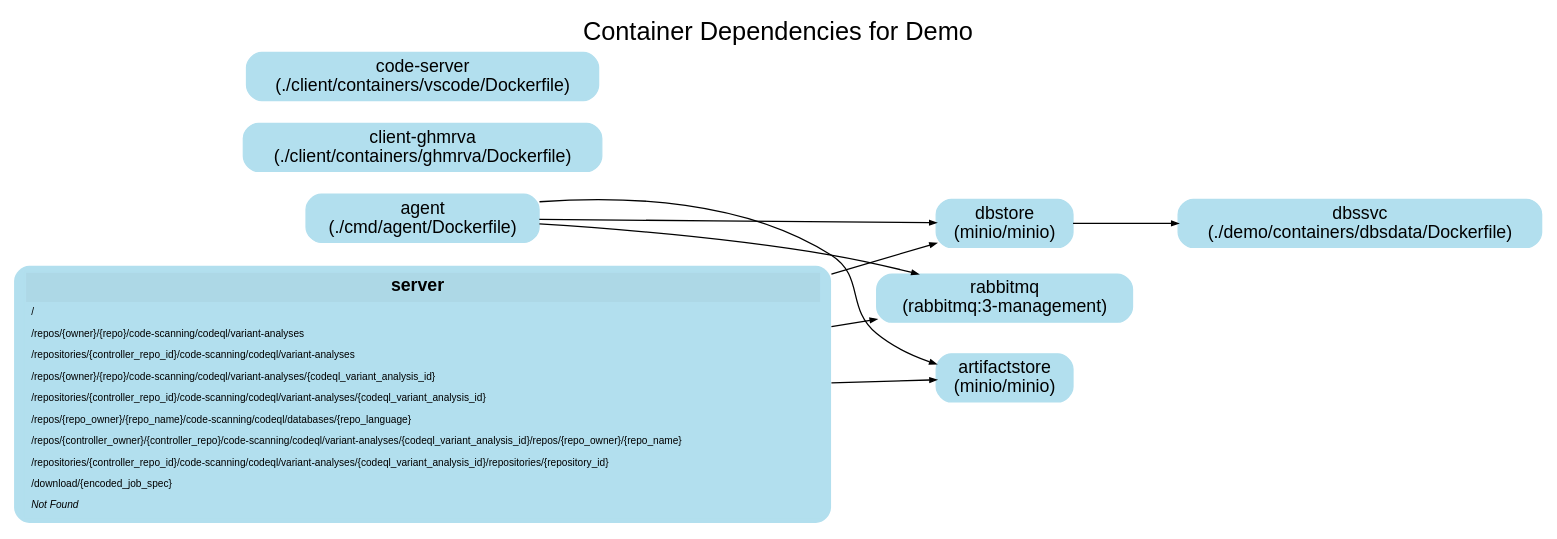
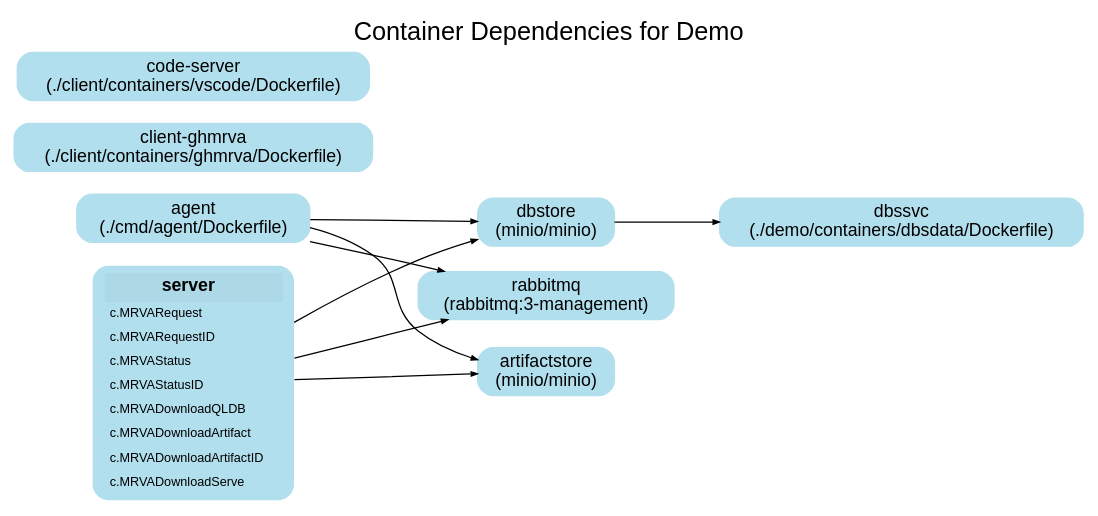
The diagram in notes/system-structure.dot (hohn/mrvacommander), drawn with Graphviz before and after one commit.

Commit message:
better diagram

```diff
--- a/notes/system-structure.dot
+++ b/notes/system-structure.dot
@@ -1,49 +1,47 @@
 digraph DockerComposeDemo {
     rankdir=LR; // Left-to-right layout
     node [shape=box style="rounded,filled" color=lightblue2 fontname="Helvetica"];
     edge [arrowsize=0.5];
     
     // Title
     label="Container Dependencies for Demo";
     labelloc=top;
     fontsize=20;
     fontname="Helvetica";
 
     // Define nodes with clickable URLs
     dbssvc [label="dbssvc\n(./demo/containers/dbsdata/Dockerfile)" URL="../demo/containers/dbsdata/Dockerfile" target="_blank"];
     dbstore [label="dbstore\n(minio/minio)"];
     client_ghmrva [label="client-ghmrva\n(./client/containers/ghmrva/Dockerfile)" URL="../client/containers/ghmrva/Dockerfile" target="_blank"];
     code_server [label="code-server\n(./client/containers/vscode/Dockerfile)" URL="../client/containers/vscode/Dockerfile" target="_blank"];
     rabbitmq [label="rabbitmq\n(rabbitmq:3-management)"];
     artifactstore [label="artifactstore\n(minio/minio)"];
     agent [label="agent\n(./cmd/agent/Dockerfile)" URL="../cmd/agent/Dockerfile" target="_blank"];
 
-    // Expanded 'server' node as an HTML-like table
+    // Expanded 'server' node with handler names
     server [
         shape=plaintext
         label=<
             <table border="1" cellborder="0" cellspacing="0" cellpadding="4">
                 <tr><td colspan="1" bgcolor="lightblue"><b>server</b></td></tr>
-                <tr><td align="left"><font point-size="8">/</font></td></tr>
-                <tr><td align="left"><font point-size="8">/repos/{owner}/{repo}/code-scanning/codeql/variant-analyses</font></td></tr>
-                <tr><td align="left"><font point-size="8">/repositories/{controller_repo_id}/code-scanning/codeql/variant-analyses</font></td></tr>
-                <tr><td align="left"><font point-size="8">/repos/{owner}/{repo}/code-scanning/codeql/variant-analyses/{codeql_variant_analysis_id}</font></td></tr>
-                <tr><td align="left"><font point-size="8">/repositories/{controller_repo_id}/code-scanning/codeql/variant-analyses/{codeql_variant_analysis_id}</font></td></tr>
-                <tr><td align="left"><font point-size="8">/repos/{repo_owner}/{repo_name}/code-scanning/codeql/databases/{repo_language}</font></td></tr>
-                <tr><td align="left"><font point-size="8">/repos/{controller_owner}/{controller_repo}/code-scanning/codeql/variant-analyses/{codeql_variant_analysis_id}/repos/{repo_owner}/{repo_name}</font></td></tr>
-                <tr><td align="left"><font point-size="8">/repositories/{controller_repo_id}/code-scanning/codeql/variant-analyses/{codeql_variant_analysis_id}/repositories/{repository_id}</font></td></tr>
-                <tr><td align="left"><font point-size="8">/download/{encoded_job_spec}</font></td></tr>
-                <tr><td align="left"><font point-size="8"><i>Not Found</i></font></td></tr>
+                <tr><td align="left"><font point-size="10">c.MRVARequest</font></td></tr>
+                <tr><td align="left"><font point-size="10">c.MRVARequestID</font></td></tr>
+                <tr><td align="left"><font point-size="10">c.MRVAStatus</font></td></tr>
+                <tr><td align="left"><font point-size="10">c.MRVAStatusID</font></td></tr>
+                <tr><td align="left"><font point-size="10">c.MRVADownloadQLDB</font></td></tr>
+                <tr><td align="left"><font point-size="10">c.MRVADownloadArtifact</font></td></tr>
+                <tr><td align="left"><font point-size="10">c.MRVADownloadArtifactID</font></td></tr>
+                <tr><td align="left"><font point-size="10">c.MRVADownloadServe</font></td></tr>
             </table>
         >
     ];
 
     // Define edges (dependencies)
     dbstore -> dbssvc;
     server -> dbstore;
     server -> rabbitmq;
     server -> artifactstore;
     agent -> dbstore;
     agent -> artifactstore;
     agent -> rabbitmq;
 }
```
